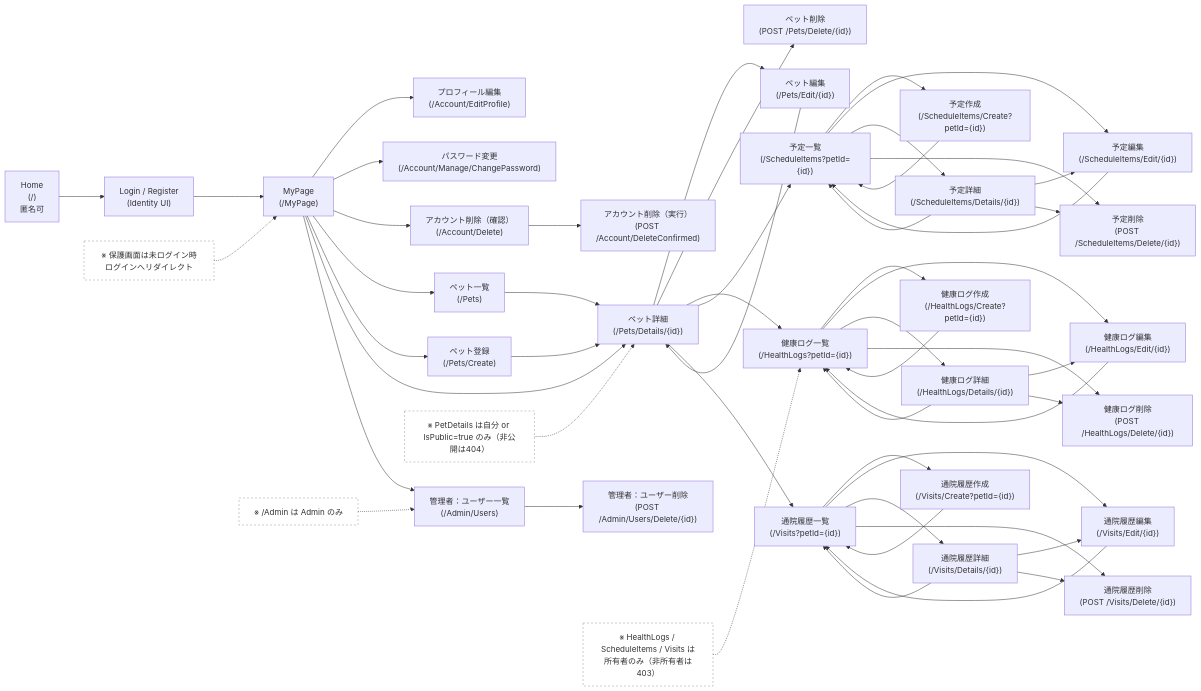
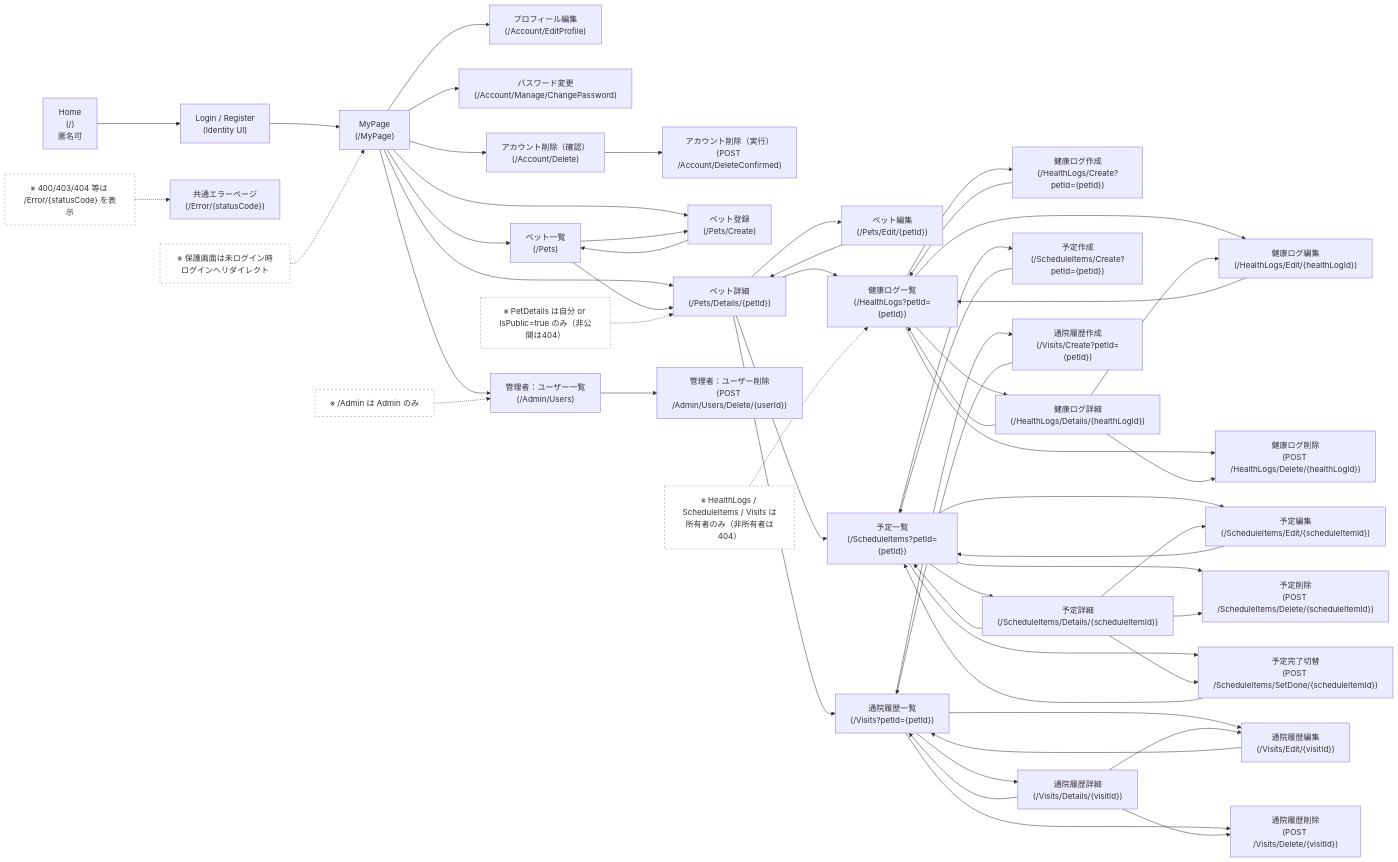
One commit to Cat5Dog2/PetHealthManagement changed the diagram in docs/screen-transition-diagram.md. Above: the diagram before and after it, drawn with Mermaid.

Commit message:
Reflect API specifications

````diff
--- a/docs/screen-transition-diagram.md
+++ b/docs/screen-transition-diagram.md
@@ -1,70 +1,77 @@
 ```mermaid
 flowchart LR
   Home["Home<br/>(/)<br/>匿名可"] --> Login["Login / Register<br/>(Identity UI)"]
 
   Login --> MyPage["MyPage<br/>(/MyPage)"]
 
   MyPage --> EditProfile["プロフィール編集<br/>(/Account/EditProfile)"]
   MyPage --> ChangePassword["パスワード変更<br/>(/Account/Manage/ChangePassword)"]
   MyPage --> AccountDelete["アカウント削除（確認）<br/>(/Account/Delete)"]
   AccountDelete --> AccountDeleteConfirmed["アカウント削除（実行）<br/>(POST /Account/DeleteConfirmed)"]
 
   MyPage --> PetsIndex["ペット一覧<br/>(/Pets)"]
   MyPage --> PetCreate["ペット登録<br/>(/Pets/Create)"]
-  MyPage --> PetDetails["ペット詳細<br/>(/Pets/Details/{id})"]
+  MyPage --> PetDetails["ペット詳細<br/>(/Pets/Details/{petId})"]
 
   PetsIndex --> PetDetails
-  PetCreate --> PetDetails
+  PetsIndex --> PetCreate
+  PetCreate --> PetsIndex
 
-  PetDetails --> PetEdit["ペット編集<br/>(/Pets/Edit/{id})"]
-  PetDetails --> PetDelete["ペット削除<br/>(POST /Pets/Delete/{id})"]
+  PetDetails --> PetEdit["ペット編集<br/>(/Pets/Edit/{petId})"]
   PetEdit --> PetDetails
 
-  PetDetails --> HealthLogsIndex["健康ログ一覧<br/>(/HealthLogs?petId={id})"]
-  HealthLogsIndex --> HealthLogCreate["健康ログ作成<br/>(/HealthLogs/Create?petId={id})"]
-  HealthLogsIndex --> HealthLogEdit["健康ログ編集<br/>(/HealthLogs/Edit/{id})"]
-  HealthLogsIndex --> HealthLogDetails["健康ログ詳細<br/>(/HealthLogs/Details/{id})"]
-  HealthLogsIndex --> HealthLogDelete["健康ログ削除<br/>(POST /HealthLogs/Delete/{id})"]
+  PetDetails --> HealthLogsIndex["健康ログ一覧<br/>(/HealthLogs?petId={petId})"]
+  HealthLogsIndex --> HealthLogCreate["健康ログ作成<br/>(/HealthLogs/Create?petId={petId})"]
+  HealthLogsIndex --> HealthLogEdit["健康ログ編集<br/>(/HealthLogs/Edit/{healthLogId})"]
+  HealthLogsIndex --> HealthLogDetails["健康ログ詳細<br/>(/HealthLogs/Details/{healthLogId})"]
+  HealthLogsIndex --> HealthLogDelete["健康ログ削除<br/>(POST /HealthLogs/Delete/{healthLogId})"]
   HealthLogDetails --> HealthLogsIndex
   HealthLogDetails --> HealthLogEdit
   HealthLogDetails --> HealthLogDelete
   HealthLogCreate --> HealthLogsIndex
   HealthLogEdit --> HealthLogsIndex
 
-  PetDetails --> ScheduleIndex["予定一覧<br/>(/ScheduleItems?petId={id})"]
-  ScheduleIndex --> ScheduleCreate["予定作成<br/>(/ScheduleItems/Create?petId={id})"]
-  ScheduleIndex --> ScheduleEdit["予定編集<br/>(/ScheduleItems/Edit/{id})"]
-  ScheduleIndex --> ScheduleDetails["予定詳細<br/>(/ScheduleItems/Details/{id})"]
-  ScheduleIndex --> ScheduleDelete["予定削除<br/>(POST /ScheduleItems/Delete/{id})"]
+  PetDetails --> ScheduleIndex["予定一覧<br/>(/ScheduleItems?petId={petId})"]
+  ScheduleIndex --> ScheduleCreate["予定作成<br/>(/ScheduleItems/Create?petId={petId})"]
+  ScheduleIndex --> ScheduleEdit["予定編集<br/>(/ScheduleItems/Edit/{scheduleItemId})"]
+  ScheduleIndex --> ScheduleDetails["予定詳細<br/>(/ScheduleItems/Details/{scheduleItemId})"]
+  ScheduleIndex --> ScheduleDelete["予定削除<br/>(POST /ScheduleItems/Delete/{scheduleItemId})"]
+  ScheduleIndex --> ScheduleSetDone["予定完了切替<br/>(POST /ScheduleItems/SetDone/{scheduleItemId})"]
   ScheduleDetails --> ScheduleIndex
   ScheduleDetails --> ScheduleEdit
   ScheduleDetails --> ScheduleDelete
+  ScheduleDetails --> ScheduleSetDone
   ScheduleCreate --> ScheduleIndex
   ScheduleEdit --> ScheduleIndex
+  ScheduleSetDone --> ScheduleIndex
 
-  PetDetails --> VisitsIndex["通院履歴一覧<br/>(/Visits?petId={id})"]
-  VisitsIndex --> VisitCreate["通院履歴作成<br/>(/Visits/Create?petId={id})"]
-  VisitsIndex --> VisitEdit["通院履歴編集<br/>(/Visits/Edit/{id})"]
-  VisitsIndex --> VisitDetails["通院履歴詳細<br/>(/Visits/Details/{id})"]
-  VisitsIndex --> VisitDelete["通院履歴削除<br/>(POST /Visits/Delete/{id})"]
+  PetDetails --> VisitsIndex["通院履歴一覧<br/>(/Visits?petId={petId})"]
+  VisitsIndex --> VisitCreate["通院履歴作成<br/>(/Visits/Create?petId={petId})"]
+  VisitsIndex --> VisitEdit["通院履歴編集<br/>(/Visits/Edit/{visitId})"]
+  VisitsIndex --> VisitDetails["通院履歴詳細<br/>(/Visits/Details/{visitId})"]
+  VisitsIndex --> VisitDelete["通院履歴削除<br/>(POST /Visits/Delete/{visitId})"]
   VisitDetails --> VisitsIndex
   VisitDetails --> VisitEdit
   VisitDetails --> VisitDelete
   VisitCreate --> VisitsIndex
   VisitEdit --> VisitsIndex
 
   MyPage --> AdminUsers["管理者：ユーザー一覧<br/>(/Admin/Users)"]
-  AdminUsers --> AdminUserDelete["管理者：ユーザー削除<br/>(POST /Admin/Users/Delete/{id})"]
+  AdminUsers --> AdminUserDelete["管理者：ユーザー削除<br/>(POST /Admin/Users/Delete/{userId})"]
+
+  ErrorPage["共通エラーページ<br/>(/Error/{statusCode})"]
 
   NoteAuth["※ 保護画面は未ログイン時ログインへリダイレクト"]:::note
-  NoteOwner["※ HealthLogs / ScheduleItems / Visits は所有者のみ（非所有者は403）"]:::note
+  NoteOwner["※ HealthLogs / ScheduleItems / Visits は所有者のみ（非所有者は404）"]:::note
   NotePublic["※ PetDetails は自分 or IsPublic=true のみ（非公開は404）"]:::note
   NoteAdmin["※ /Admin は Admin のみ"]:::note
+  NoteError["※ 400/403/404 等は /Error/{statusCode} を表示"]:::note
 
   NoteAuth -.-> MyPage
   NoteOwner -.-> HealthLogsIndex
   NotePublic -.-> PetDetails
   NoteAdmin -.-> AdminUsers
+  NoteError -.-> ErrorPage
 
   classDef note fill:#fff,stroke:#999,stroke-dasharray: 4 4,color:#333;
 ```
````
